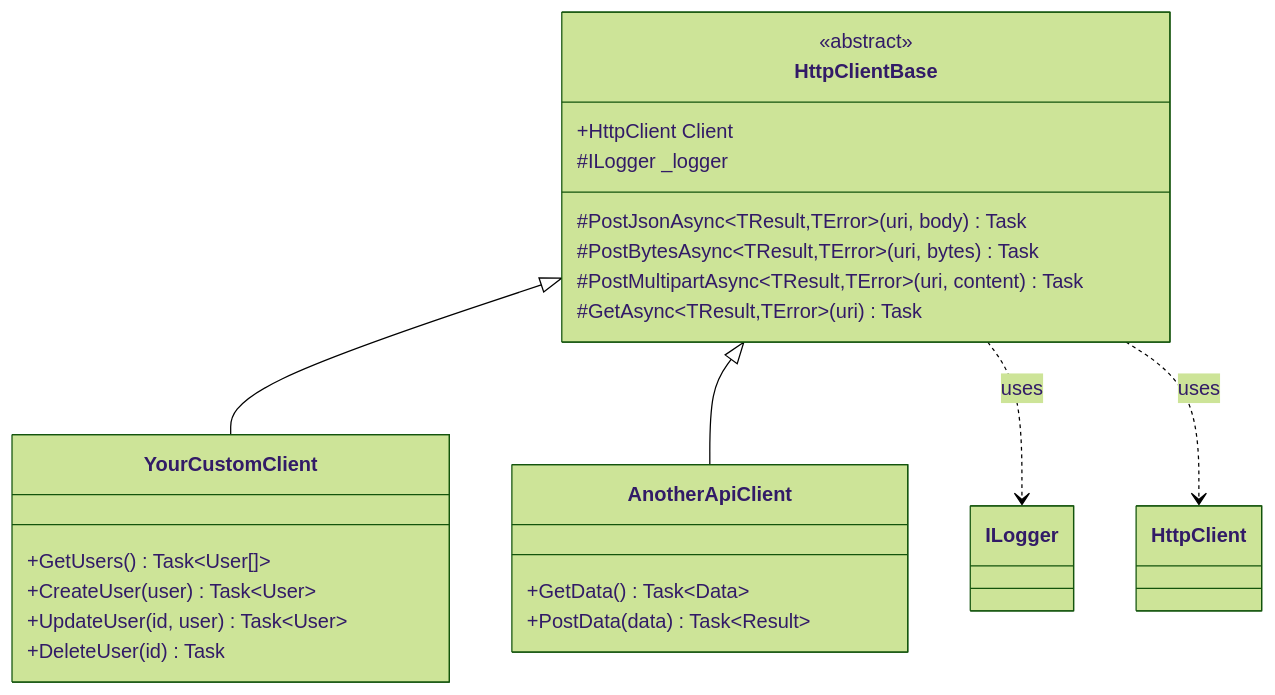
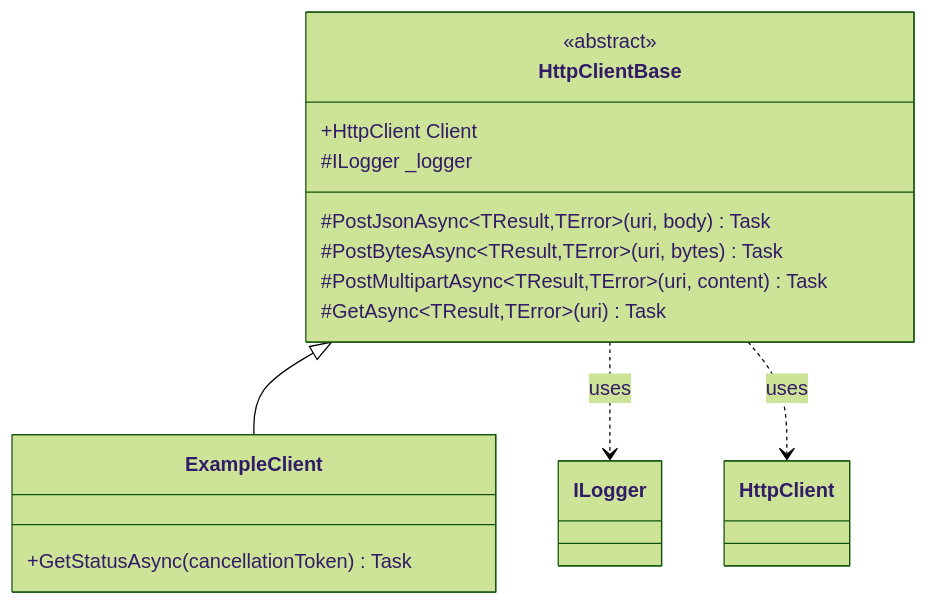
The diagram in src/CasCap.Common.Net/README.md (f2calv/CasCap.Common), drawn with Mermaid (forest theme) before and after one commit. The commit also changed other lines of this file and 18 other files, not shown here.

````diff
--- a/src/CasCap.Common.Net/README.md
+++ b/src/CasCap.Common.Net/README.md
@@ -79,32 +140,23 @@
 ```mermaid
 classDiagram
     direction TB
 
-    HttpClientBase <|-- YourCustomClient
-    HttpClientBase <|-- AnotherApiClient
+    HttpClientBase <|-- ExampleClient
 
     class HttpClientBase {
         <<abstract>>
         +HttpClient Client
         #ILogger _logger
         #PostJsonAsync~TResult,TError~(uri, body) Task
         #PostBytesAsync~TResult,TError~(uri, bytes) Task
         #PostMultipartAsync~TResult,TError~(uri, content) Task
         #GetAsync~TResult,TError~(uri) Task
     }
 
-    class YourCustomClient {
-        +GetUsers() Task~User[]~
-        +CreateUser(user) Task~User~
-        +UpdateUser(id, user) Task~User~
-        +DeleteUser(id) Task
-    }
-
-    class AnotherApiClient {
-        +GetData() Task~Data~
-        +PostData(data) Task~Result~
+    class ExampleClient {
+        +GetStatusAsync(cancellationToken) Task
     }
 
     HttpClientBase ..> ILogger : uses
     HttpClientBase ..> HttpClient : uses
 ```
````
